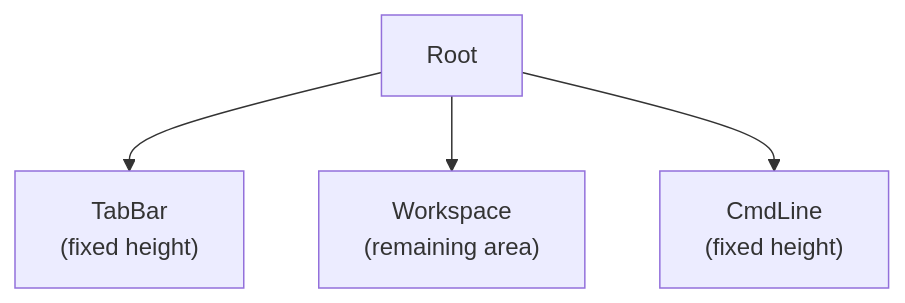
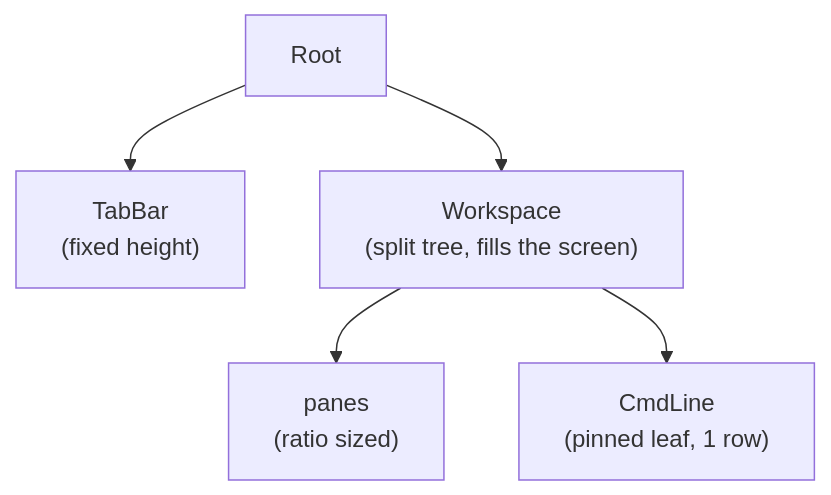
One commit to yairgd/termforge changed the diagram in docs/diagrams/top_level_ui.mermaid. Above: the diagram before and after it, drawn with Mermaid. The commit also changed 15 other files, not shown here.

First line of the commit message:
refactor(layout)!: make the command line a pinned leaf of the tree

```diff
--- a/docs/diagrams/top_level_ui.mermaid
+++ b/docs/diagrams/top_level_ui.mermaid
@@ -1,9 +1,11 @@
 flowchart TB
     Root["Root"]
     TabBar["TabBar<br/>(fixed height)"]
-    Workspace["Workspace<br/>(remaining area)"]
-    CmdLine["CmdLine<br/>(fixed height)"]
+    Workspace["Workspace<br/>(split tree, fills the screen)"]
+    Panes["panes<br/>(ratio sized)"]
+    CmdLine["CmdLine<br/>(pinned leaf, 1 row)"]
 
     Root --> TabBar
     Root --> Workspace
-    Root --> CmdLine
+    Workspace --> Panes
+    Workspace --> CmdLine
```
